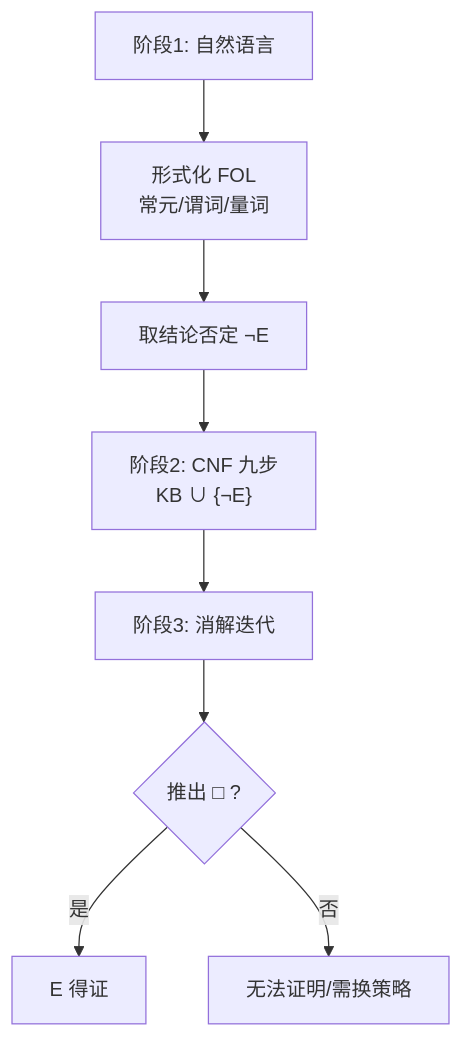
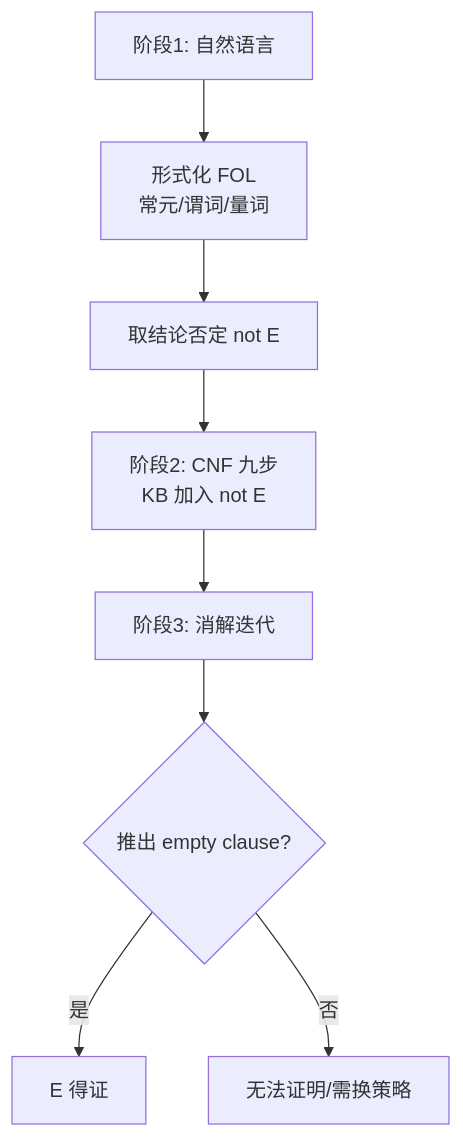
Before and after one commit to SummerS-tars/ai-course-guides: the third of 3 diagrams in guides/AI-Week13-14-学习指南.md, drawn with Mermaid. The commit also changed other lines of this file and 3 other files, not shown here.

````diff
--- a/guides/AI-Week13-14-学习指南.md
+++ b/guides/AI-Week13-14-学习指南.md
@@ -504,10 +670,10 @@
 ```mermaid
 flowchart TB
     NL["阶段1: 自然语言"] --> FOL["形式化 FOL<br/>常元/谓词/量词"]
-    FOL --> NEG["取结论否定 ¬E"]
-    NEG --> CNF["阶段2: CNF 九步<br/>KB ∪ {¬E}"]
+    FOL --> NEG["取结论否定 not E"]
+    NEG --> CNF["阶段2: CNF 九步<br/>KB 加入 not E"]
     CNF --> RES["阶段3: 消解迭代"]
-    RES --> EMPTY{"推出 □ ?"}
+    RES --> EMPTY{"推出 empty clause?"}
     EMPTY -->|是| OK["E 得证"]
     EMPTY -->|否| FAIL["无法证明/需换策略"]
 ```
````
